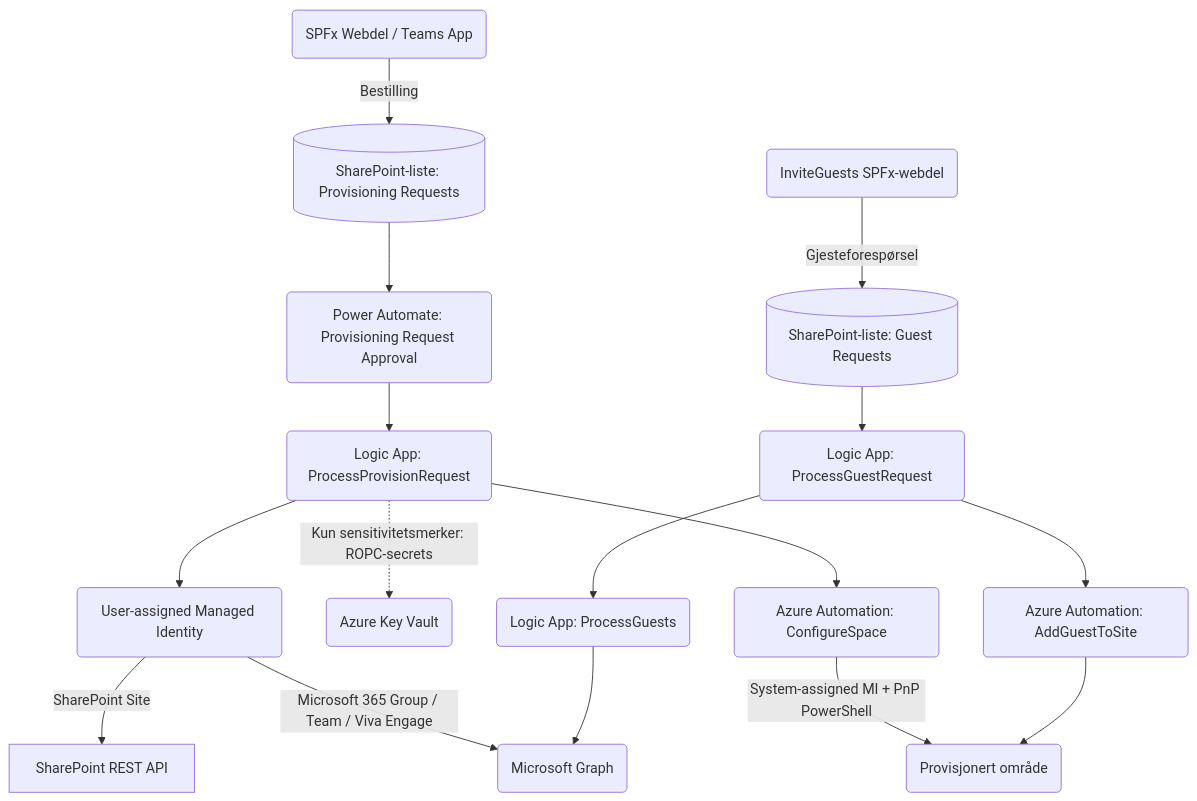
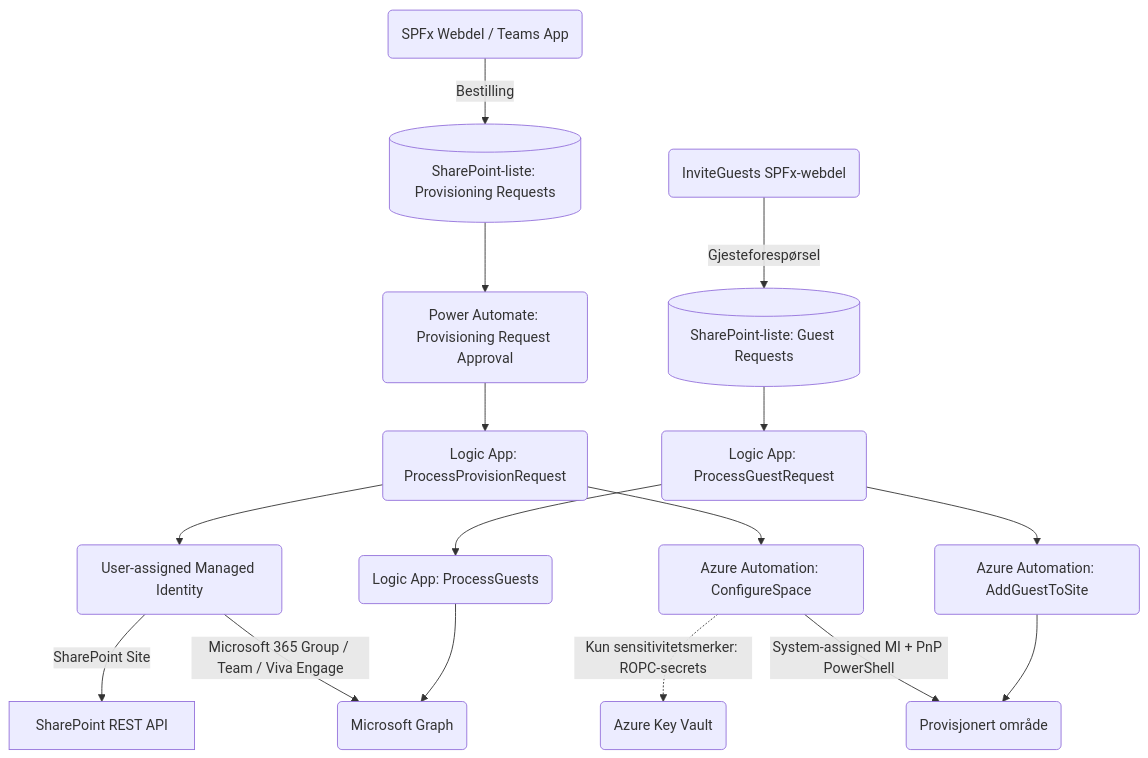
One commit to Puzzlepart/bestillingsportalen changed the first of 2 diagrams in Teknisk-losningsbeskrivelse.md. Above: the diagram before and after it, drawn with Mermaid. The commit also changed other lines of this file and 7 other files, not shown here.

````diff
--- a/Teknisk-losningsbeskrivelse.md
+++ b/Teknisk-losningsbeskrivelse.md
@@ -15,15 +15,15 @@
 ``` mermaid
 graph TD
     A(SPFx Webdel / Teams App) --> |Bestilling| B[(SharePoint-liste: Provisioning Requests)]
     B --> C(Power Automate: Provisioning Request Approval)
     C --> D(Logic App: ProcessProvisionRequest)
     D --> E(User-assigned Managed Identity)
-    D -.-> |Kun sensitivitetsmerker: ROPC-secrets| F(Azure Key Vault)
     E --> |SharePoint Site| H[SharePoint REST API]
     E --> |Microsoft 365 Group / Team / Viva Engage| I(Microsoft Graph)
     D --> K(Azure Automation: ConfigureSpace)
+    K -.-> |Kun sensitivitetsmerker: ROPC-secrets| F(Azure Key Vault)
     K --> |System-assigned MI + PnP PowerShell| M(Provisjonert område)
     N(InviteGuests SPFx-webdel) --> |Gjesteforespørsel| O[(SharePoint-liste: Guest Requests)]
     O --> P(Logic App: ProcessGuestRequest) --> Q(Logic App: ProcessGuests) --> I
     P --> R(Azure Automation: AddGuestToSite) --> M
 ```
````
